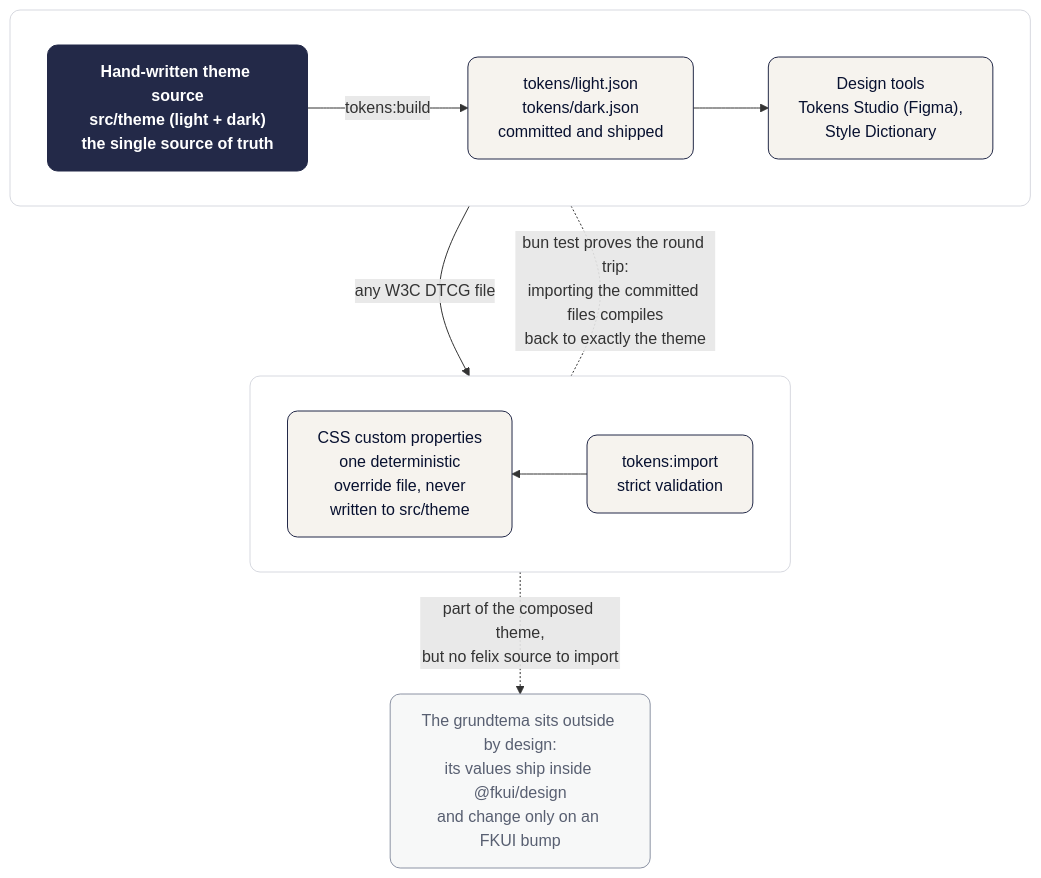
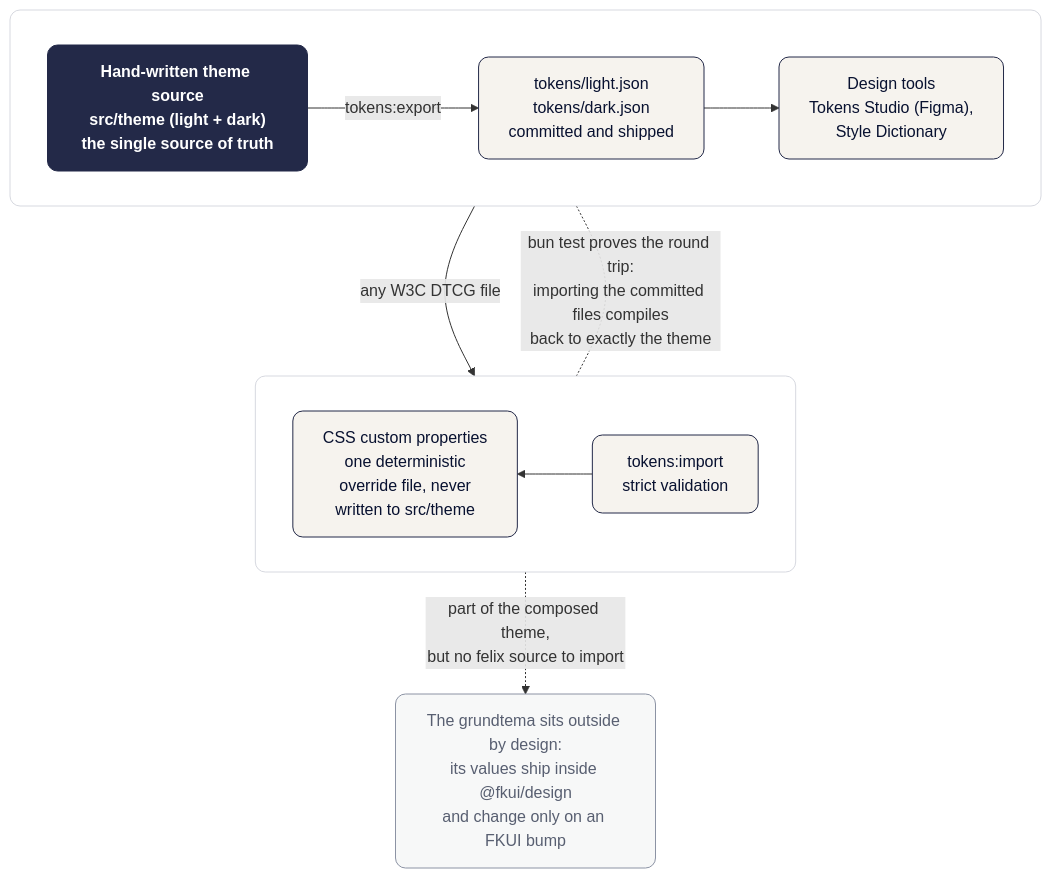
One commit to pattespatte/felix-ds changed the diagram in docs/tokens.en.md. Above: the diagram before and after it, drawn with Mermaid. The commit also changed other lines of this file and 5 other files, not shown here.

First line of the commit message:
docs: pair token export and import, add tokens:export alias

````diff
--- a/docs/tokens.en.md
+++ b/docs/tokens.en.md
@@ -7,25 +9,25 @@
 ```mermaid
 flowchart TB
     subgraph ROW1 [" "]
         direction LR
-        S["Hand-written theme source<br>src/theme (light + dark)<br>the single source of truth"] -->|"tokens:build"| E["tokens/light.json<br>tokens/dark.json<br>committed and shipped"]
+        S["Hand-written theme source<br>src/theme (light + dark)<br>the single source of truth"] -->|"tokens:export"| E["tokens/light.json<br>tokens/dark.json<br>committed and shipped"]
         E --> T["Design tools<br>Tokens Studio (Figma),<br>Style Dictionary"]
     end
     subgraph ROW2 [" "]
         direction RL
         I["tokens:import<br>strict validation"] --> O["CSS custom properties<br>one deterministic<br>override file, never<br>written to src/theme"]
     end
     ROW1 -->|"any W3C DTCG file"| ROW2
     ROW1 -.-|"bun test proves the round trip:<br>importing the committed files compiles<br>back to exactly the theme"| ROW2
     ROW2 -.->|"part of the composed theme,<br>but no felix source to import"| G["The grundtema sits outside by design:<br>its values ship inside @fkui/design<br>and change only on an FKUI bump"]
 
     classDef step fill:#f6f3ee,stroke:#232948,stroke-width:1px,color:#081130,rx:10,ry:10
     classDef owner fill:#232948,stroke:#232948,stroke-width:1px,color:#ffffff,font-weight:600,rx:10,ry:10
     classDef note fill:#f7f8f8,stroke:#8c93a4,stroke-width:1px,color:#585f71,rx:10,ry:10
 
     class E,T,I,O step
     class S owner
     class G note
     style ROW1 fill:none,stroke:#d7d9e0,stroke-width:1px,rx:10
     style ROW2 fill:none,stroke:#d7d9e0,stroke-width:1px,rx:10
 ```
````
